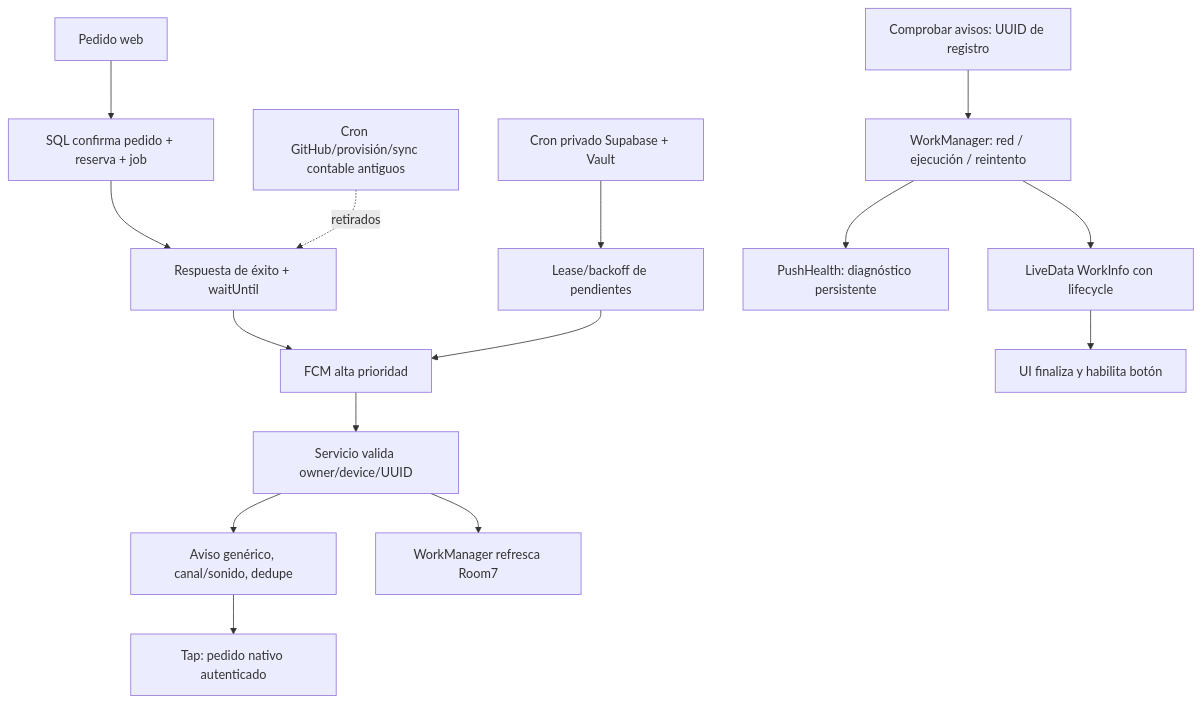
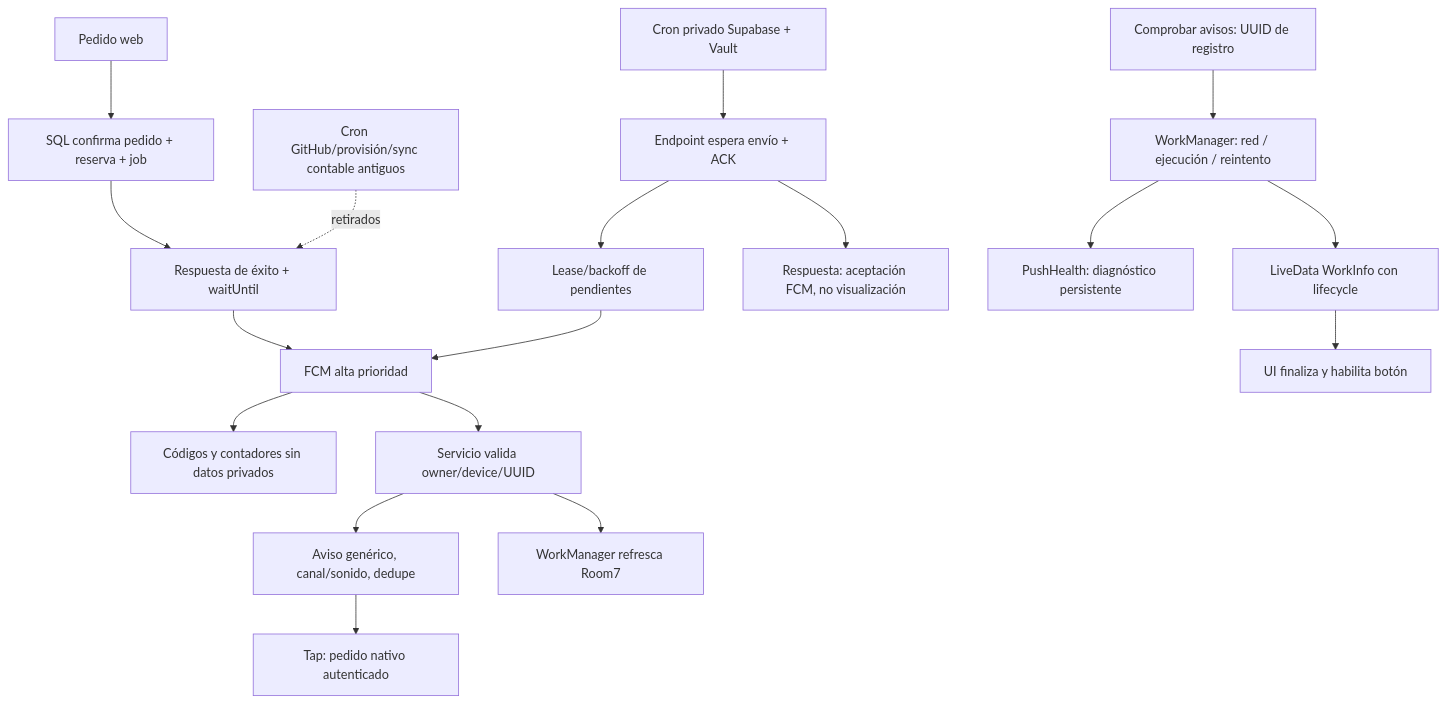
The diagram in docs/knowledge/diagrams/04-notifications.mmd (NotKingbryanPY/donas-racha), drawn with Mermaid before and after one commit. The commit also changed 25 other files, not shown here.

```diff
--- a/docs/knowledge/diagrams/04-notifications.mmd
+++ b/docs/knowledge/diagrams/04-notifications.mmd
@@ -1,11 +1,13 @@
 flowchart TD
   web["Pedido web"] --> tx["SQL confirma pedido + reserva + job"]
   tx --> api["Respuesta de éxito + waitUntil"] --> send["FCM alta prioridad"]
-  cron["Cron privado Supabase + Vault"] --> lease["Lease/backoff de pendientes"] --> send
+  cron["Cron privado Supabase + Vault"] --> retry["Endpoint espera envío + ACK"] --> lease["Lease/backoff de pendientes"] --> send
+  retry --> receipt["Respuesta: aceptación FCM, no visualización"]
+  send --> logs["Códigos y contadores sin datos privados"]
   send --> service["Servicio valida owner/device/UUID"]
   service --> alert["Aviso genérico, canal/sonido, dedupe"] --> tap["Tap: pedido nativo autenticado"]
   service --> work["WorkManager refresca Room7"]
   check["Comprobar avisos: UUID de registro"] --> registration["WorkManager: red / ejecución / reintento"]
   registration --> health["PushHealth: diagnóstico persistente"]
   registration --> state["LiveData WorkInfo con lifecycle"] --> result["UI finaliza y habilita botón"]
   old["Cron GitHub/provisión/sync contable antiguos"] -. retirados .-> api
```
